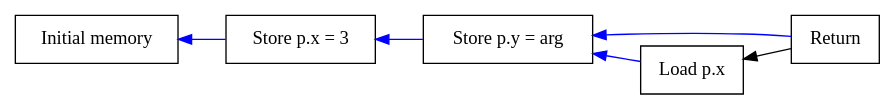
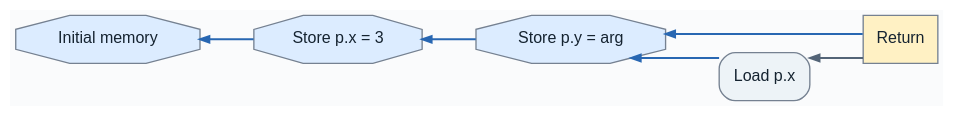
One commit to SeaOfNodes/Simple changed the diagram in chapter10a/docs/example1.gv. Above: the diagram before and after it, drawn with Graphviz. The commit also changed 175 other files, not shown here.

```diff
--- a/chapter10a/docs/example1.gv
+++ b/chapter10a/docs/example1.gv
@@ -1,10 +1,16 @@
 digraph Memory {
+  // IR styles match graph/web/render.js; arrows are use -> definition.
+  graph [bgcolor="#fafbfc" fontname="Helvetica" nodesep=0.35 ranksep=0.55 splines=ortho];
+  node [fontname="Helvetica" fontsize=12 color="#758191" fontcolor="#152330" shape=box style="rounded,filled" fillcolor="#edf3f7"];
+  edge [fontname="Helvetica" fontsize=9 color="#536477" fontcolor="#364352" arrowsize=0.7 penwidth=1.5];
+
   rankdir=RL;
-  node [shape=box];
-  M0 [label="Initial memory"];
-  X [label="Store p.x = 3"];
-  Y [label="Store p.y = arg"];
-  L [label="Load p.x"];
-  L -> Y -> X -> M0 [color=blue];
-  Return -> Y [color=blue]; Return -> L;
+
+  M0 [label="Initial memory" shape=octagon style="filled" fillcolor="#dcecff"];
+  X [label="Store p.x = 3" shape=octagon style="filled" fillcolor="#dcecff"];
+  Y [label="Store p.y = arg" shape=octagon style="filled" fillcolor="#dcecff"];
+  L [label="Load p.x" shape=box style="rounded,filled" fillcolor="#edf3f7"];
+  L -> Y -> X -> M0 [color="#2867b2"];
+  Return -> Y [color="#2867b2"]; Return -> L;
+  Return [shape=box style="filled" fillcolor="#fff1c4"];
 }
```
